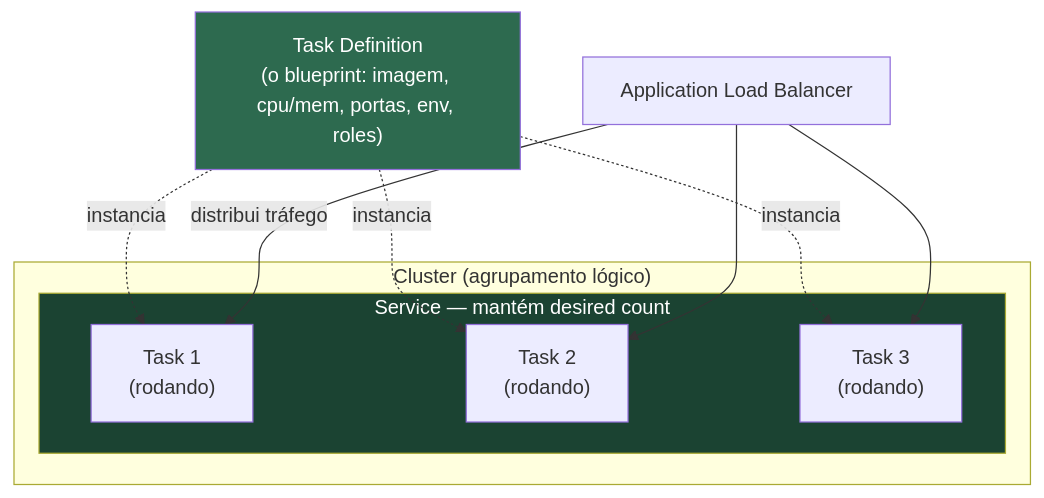
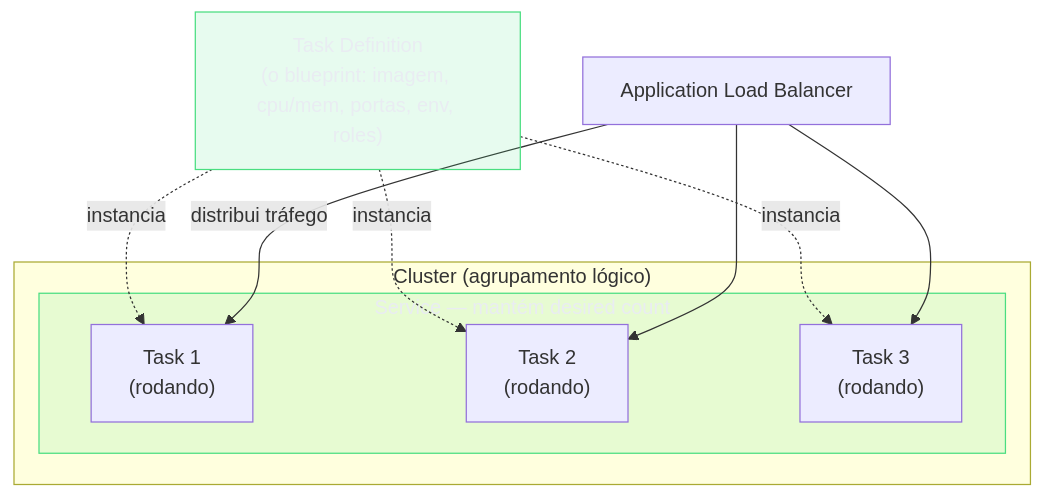
One commit to josenaldo/codex-technomanticus changed the first of 4 diagrams in 03-Dominios/Tecnologia/Cloud/12 - Containers gerenciados/02 - ECS e o modelo de tarefas.md. Above: the diagram before and after it, drawn with Mermaid. The commit also changed 1181 other files, not shown here.

First line of the commit message:
fix(diagramas): paleta do sistema no lugar de cor cravada no markdown

````diff
--- a/03-Dominios/Tecnologia/Cloud/12 - Containers gerenciados/02 - ECS e o modelo de tarefas.md
+++ b/03-Dominios/Tecnologia/Cloud/12 - Containers gerenciados/02 - ECS e o modelo de tarefas.md
@@ -25,19 +25,20 @@
 ```mermaid
 flowchart TB
+    classDef ok fill:#4ADE8021,stroke:#4ADE80,color:#E9ECF2
     subgraph Cluster["Cluster (agrupamento lógico)"]
         subgraph Service["Service — mantém desired count"]
             T1["Task 1<br/>(rodando)"]
             T2["Task 2<br/>(rodando)"]
             T3["Task 3<br/>(rodando)"]
         end
     end
     TD["Task Definition<br/>(o blueprint: imagem, cpu/mem, portas, env, roles)"] -.->|"instancia"| T1
     TD -.->|"instancia"| T2
     TD -.->|"instancia"| T3
     ALB["Application Load Balancer"] -->|"distribui tráfego"| T1
     ALB --> T2
     ALB --> T3
 
-    style TD fill:#2d6a4f,color:#fff
-    style Service fill:#1b4332,color:#fff
+    class TD ok
+    class Service ok
 ```
````
